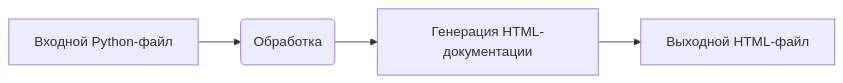
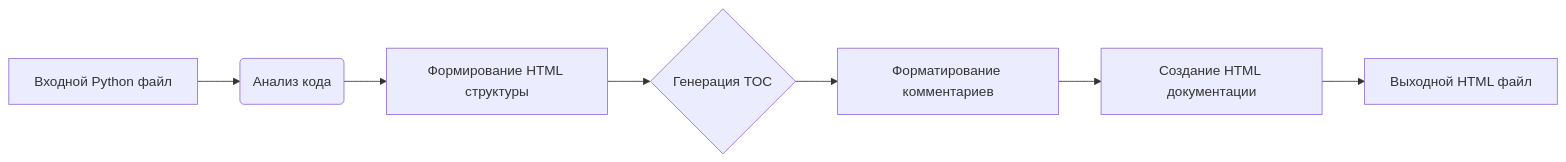
One commit to hypo69/hypo changed the diagram in docs/gemini/ru/explainer/src/endpoints/hypo69/code_assistant/instructions/instruction_doc_writer_html_en.md. Above: the diagram before and after it, drawn with Mermaid. The commit also changed other lines of this file and 468 other files, not shown here.

````diff
--- a/docs/gemini/ru/explainer/src/endpoints/hypo69/code_assistant/instructions/instruction_doc_writer_html_en.md
+++ b/docs/gemini/ru/explainer/src/endpoints/hypo69/code_assistant/instructions/instruction_doc_writer_html_en.md
@@ -139,6 +119,9 @@
 ```mermaid
 graph LR
-    A[Входной Python-файл] --> B(Обработка);
-    B --> C[Генерация HTML-документации];
-    C --> D[Выходной HTML-файл];
+    A[Входной Python файл] --> B(Анализ кода);
+    B --> C[Формирование HTML структуры];
+    C --> D{Генерация TOC};
+    D --> E[Форматирование комментариев];
+    E --> F[Создание HTML документации];
+    F --> G[Выходной HTML файл];
 ```
````
